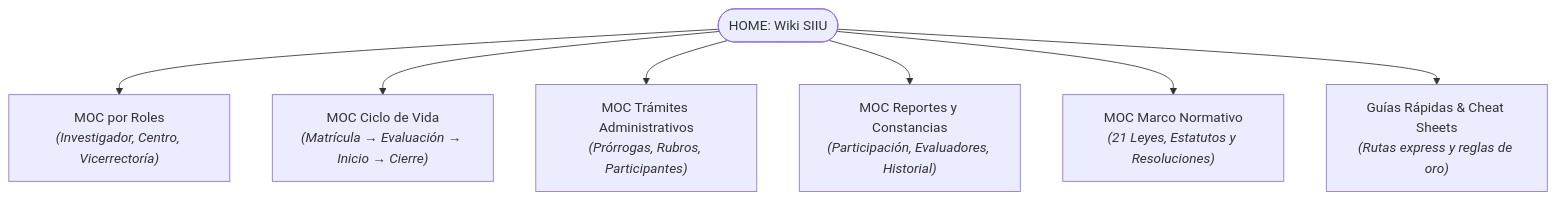
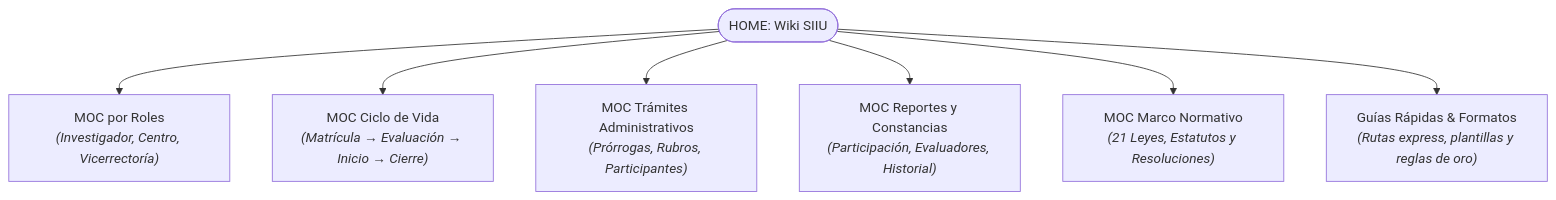
Before and after one commit to Colors-svg/Wiki: the diagram in docs/index.md, drawn with Mermaid. The commit also changed other lines of this file and 104 other files, not shown here.

````diff
--- a/docs/index.md
+++ b/docs/index.md
@@ -15,10 +115,10 @@
 ```mermaid
 flowchart TD
     HOME(["HOME: Wiki SIIU"])
     HOME --> MOC_ROLES["MOC por Roles<br><i>(Investigador, Centro, Vicerrectoría)</i>"]
     HOME --> MOC_CICLO["MOC Ciclo de Vida<br><i>(Matrícula → Evaluación → Inicio → Cierre)</i>"]
     HOME --> MOC_TRAMITES["MOC Trámites Administrativos<br><i>(Prórrogas, Rubros, Participantes)</i>"]
     HOME --> MOC_REPORTES["MOC Reportes y Constancias<br><i>(Participación, Evaluadores, Historial)</i>"]
     HOME --> MOC_LEGAL["MOC Marco Normativo<br><i>(21 Leyes, Estatutos y Resoluciones)</i>"]
-    HOME --> CHEAT["Guías Rápidas & Cheat Sheets<br><i>(Rutas express y reglas de oro)</i>"]
+    HOME --> CHEAT["Guías Rápidas & Formatos<br><i>(Rutas express, plantillas y reglas de oro)</i>"]
 ```
````
